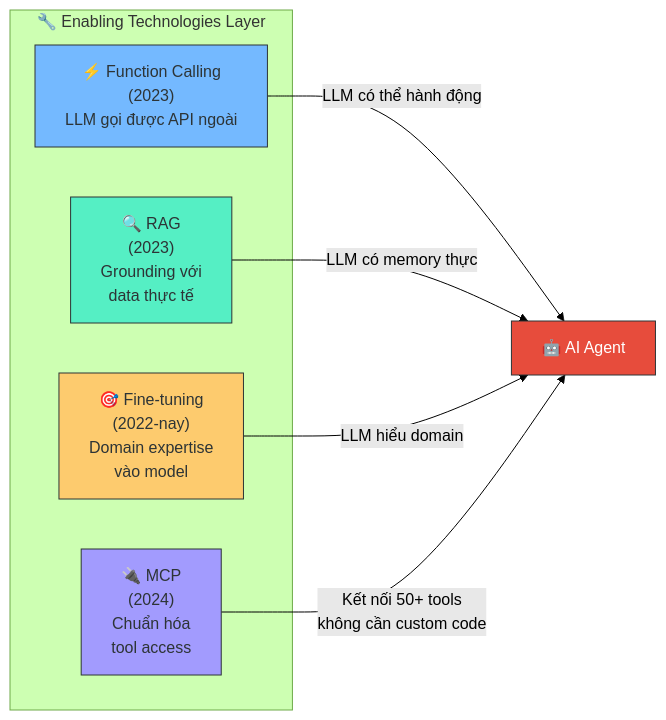
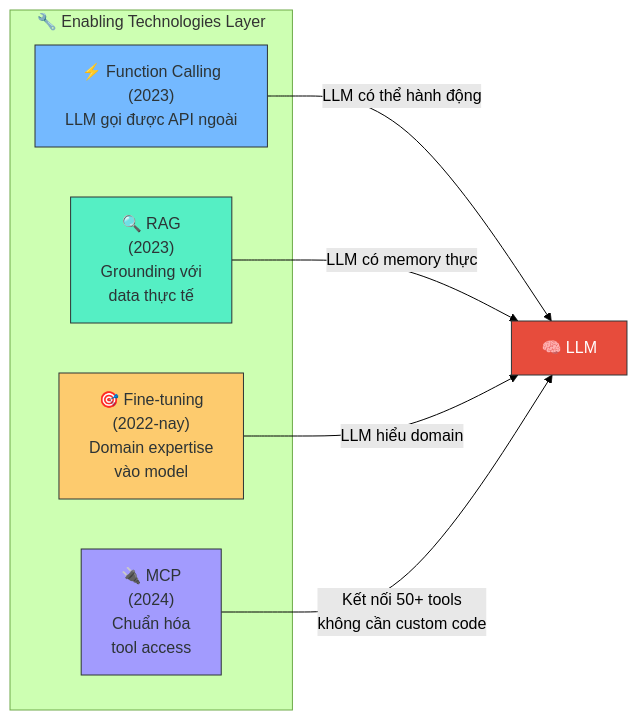
One commit to vuanhtu1993/vuanhtu1993.github.io changed the fourth of 7 diagrams in blog/2026/04/2026-04-21-ai-tech-evolution.mdx. Above: the diagram before and after it, drawn with Mermaid (forest theme). The commit also changed other lines of this file, not shown here.

````diff
--- a/blog/2026/04/2026-04-21-ai-tech-evolution.mdx
+++ b/blog/2026/04/2026-04-21-ai-tech-evolution.mdx
@@ -146,20 +146,20 @@
 ```mermaid
 flowchart LR
     subgraph TOOLS["🔧 Enabling Technologies Layer"]
-        FC["⚡ Function Calling\n(2023)\nLLM gọi được API ngoài"]
-        RAG["🔍 RAG\n(2023)\nGrounding với\ndata thực tế"]
-        FT["🎯 Fine-tuning\n(2022-nay)\nDomain expertise\nvào model"]
-        MCP["🔌 MCP\n(2024)\nChuẩn hóa\ntool access"]
+        FC["⚡ Function Calling<br>(2023)<br>LLM gọi được API ngoài"]
+        RAG["🔍 RAG<br>(2023)<br>Grounding với<br>data thực tế"]
+        FT["🎯 Fine-tuning<br>(2022-nay)<br>Domain expertise<br>vào model"]
+        MCP["🔌 MCP<br>(2024)<br>Chuẩn hóa<br>tool access"]
     end
 
-    FC -->|"LLM có thể hành động"| AGENT["🤖 AI Agent"]
+    FC -->|"LLM có thể hành động"| AGENT["🧠 LLM"]
     RAG -->|"LLM có memory thực"| AGENT
     FT -->|"LLM hiểu domain"| AGENT
-    MCP -->|"Kết nối 50+ tools\nkhông cần custom code"| AGENT
+    MCP -->|"Kết nối 50+ tools<br>không cần custom code"| AGENT
 
     style AGENT fill:#e74c3c,stroke:#2d3436,color:#fff
     style FC fill:#74b9ff,stroke:#2d3436,color:#2d3436
     style RAG fill:#55efc4,stroke:#2d3436,color:#2d3436
     style FT fill:#fdcb6e,stroke:#2d3436,color:#2d3436
     style MCP fill:#a29bfe,stroke:#2d3436,color:#2d3436
 ```
````
